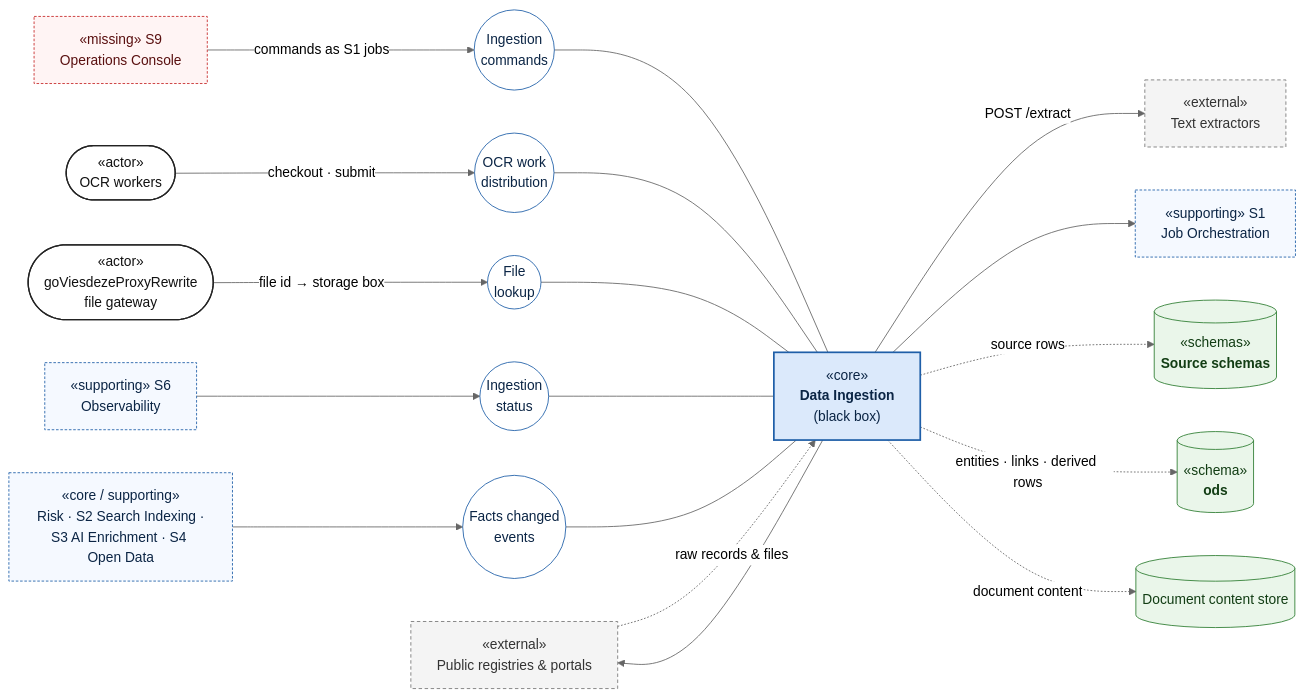
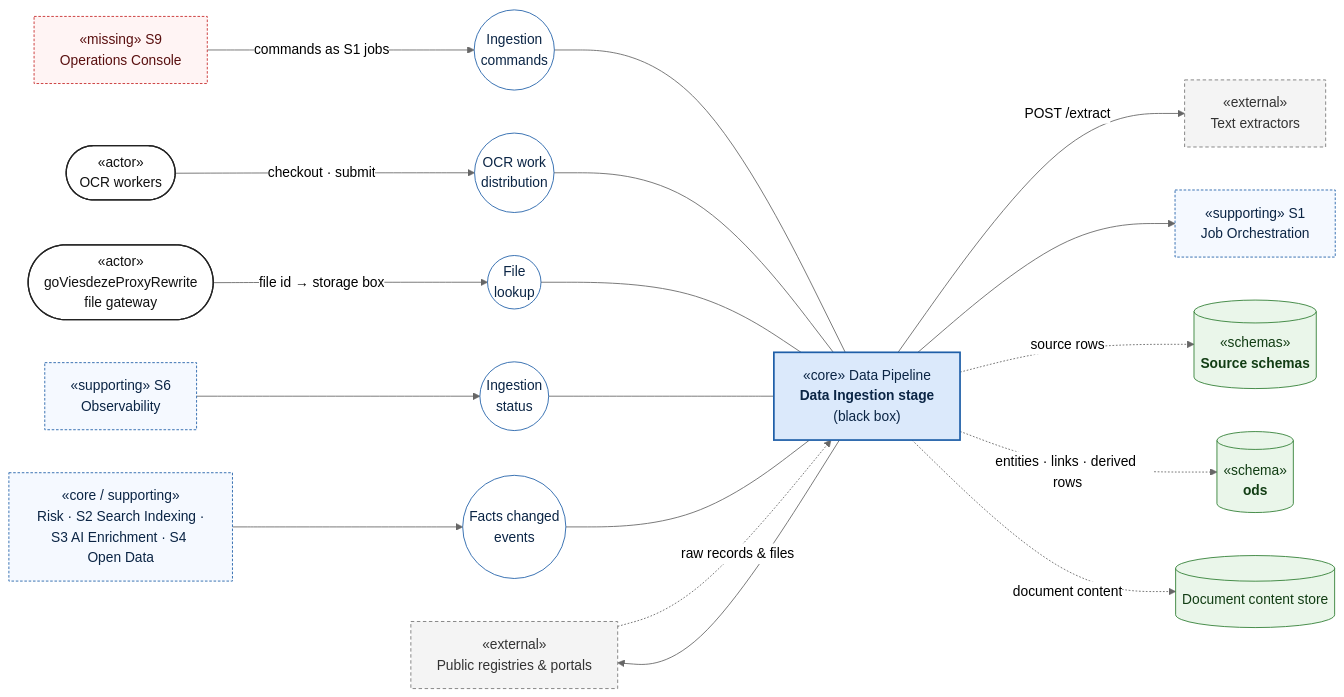
The second of 11 diagrams in docs/architecture/architecture-upgrade.md (Viespirkiu-grupe/viespirkiai), drawn with Mermaid (neutral theme) before and after one commit. The commit also changed other lines of this file, not shown here.

Commit message:
added deployment diagram

````diff
--- a/docs/architecture/architecture-upgrade.md
+++ b/docs/architecture/architecture-upgrade.md
@@ -187,44 +196,44 @@
 ```mermaid
 flowchart LR
     classDef actor fill: #ffffff, stroke: #222, stroke-width: 1.5px, color: #111
     classDef core fill: #dbe9fb, stroke: #1f5fa8, stroke-width: 2px, color: #0b2545
     classDef sup fill: #f5f9ff, stroke: #1f5fa8, stroke-dasharray: 3 2, color: #0b2545
     classDef store fill: #eaf6ea, stroke: #2e7d32, color: #123d14
     classDef ext fill: #f4f4f4, stroke: #777, stroke-dasharray: 4 3, color: #333
     classDef iface fill: #ffffff, stroke: #1f5fa8, color: #0b2545
     classDef missing fill: #fff4f4, stroke: #c62828, stroke-dasharray: 3 2, color: #5a1010
     src["«external»<br/>Public registries & portals"]:::ext
     extr["«external»<br/>Text extractors"]:::ext
     ocr(["«actor»<br/>OCR workers"]):::actor
     fpr(["«actor»<br/>goViesdezeProxyRewrite<br/>file gateway"]):::actor
     iCmd(("Ingestion<br/>commands")):::iface
     iWork(("OCR work<br/>distribution")):::iface
     iFile(("File<br/>lookup")):::iface
     iStatus(("Ingestion<br/>status")):::iface
     iEvt(("Facts changed<br/>events")):::iface
-    ing["«core»<br/><b>Data Ingestion</b><br/>(black box)"]:::core
+    ing["«core» Data Pipeline<br/><b>Data Ingestion stage</b><br/>(black box)"]:::core
     srcdb[("«schemas»<br/><b>Source schemas</b>")]:::store
     ods[("«schema»<br/><b>ods</b>")]:::store
     docs[("Document content store")]:::store
     s1["«supporting» S1<br/>Job Orchestration"]:::sup
     s6["«supporting» S6<br/>Observability"]:::sup
     s9["«missing» S9<br/>Operations Console"]:::missing
     cons["«core / supporting»<br/>Risk · S2 Search Indexing ·<br/>S3 AI Enrichment · S4 Open Data"]:::sup
     iCmd --- ing
     iWork --- ing
     iFile --- ing
     iStatus --- ing
     iEvt --- ing
     s9 -->|" commands as S1 jobs "| iCmd
     ocr -->|" checkout · submit "| iWork
     fpr -->|" file id → storage box "| iFile
     s6 --> iStatus
     cons --> iEvt
     ing --> src
     ing -->|" POST /extract "| extr
     ing --> s1
     src -.->|" raw records & files "| ing
     ing -.->|" source rows "| srcdb
     ing -.->|" entities · links · derived rows "| ods
     ing -.->|" document content "| docs
 ```
````
